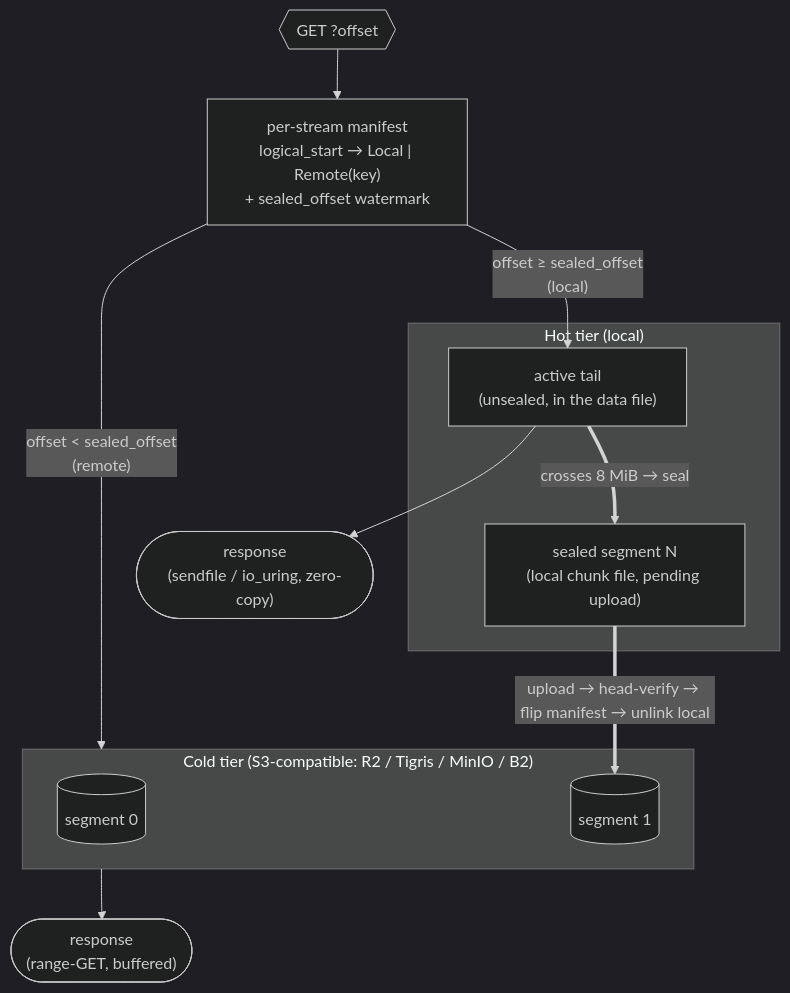
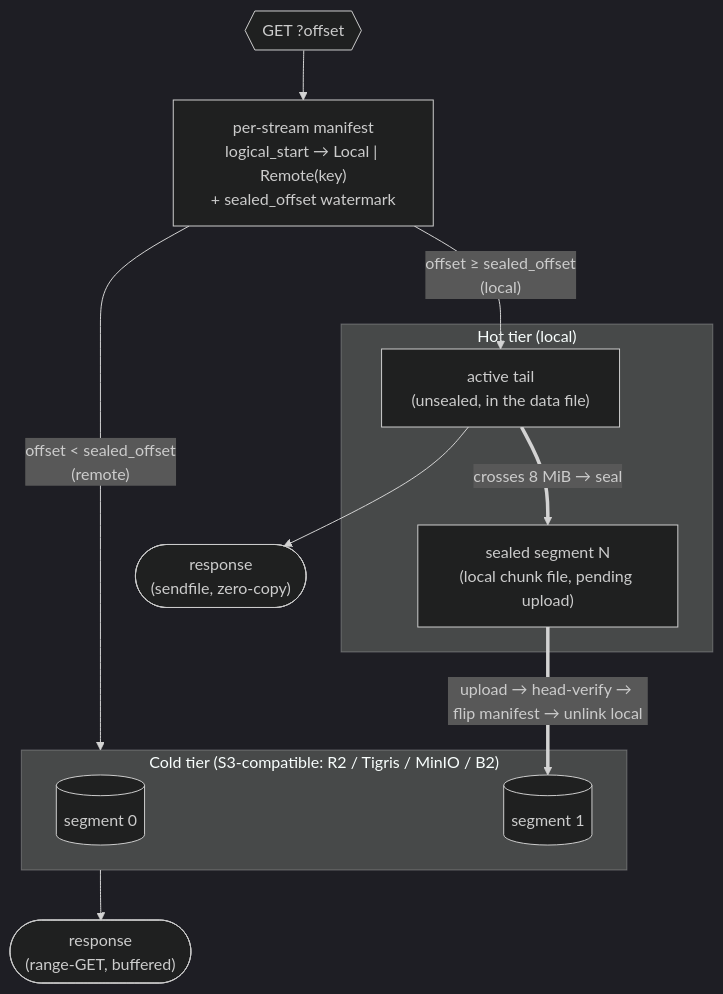
Before and after one commit to electric-sql/electric: the third of 3 diagrams in ARCHITECTURE.md, drawn with Mermaid (dark theme). The commit also changed other lines of this file and 16 other files, not shown here.

````diff
--- a/ARCHITECTURE.md
+++ b/ARCHITECTURE.md
@@ -228,21 +224,21 @@
 ```mermaid
 flowchart TB
   subgraph HOT["Hot tier (local)"]
     TAIL["active tail<br/>(unsealed, in the data file)"]
     SEG2["sealed segment N<br/>(local chunk file, pending upload)"]
   end
   subgraph COLD["Cold tier (S3-compatible: R2 / Tigris / MinIO / B2)"]
     OBJ0[("segment 0")]
     OBJ1[("segment 1")]
   end
   MAN["per-stream manifest<br/>logical_start → Local | Remote(key)<br/>+ sealed_offset watermark"]
 
   TAIL ==>|"crosses 8 MiB → seal"| SEG2
   SEG2 ==>|"upload → head-verify → flip manifest → unlink local"| OBJ1
 
   RD{{"GET ?offset"}} --> MAN
   MAN -->|"offset ≥ sealed_offset<br/>(local)"| TAIL
   MAN -->|"offset < sealed_offset<br/>(remote)"| COLD
-  TAIL --> OUT(["response<br/>(sendfile / io_uring, zero-copy)"])
+  TAIL --> OUT(["response<br/>(sendfile, zero-copy)"])
   COLD --> OUT2(["response<br/>(range-GET, buffered)"])
 ```
````
